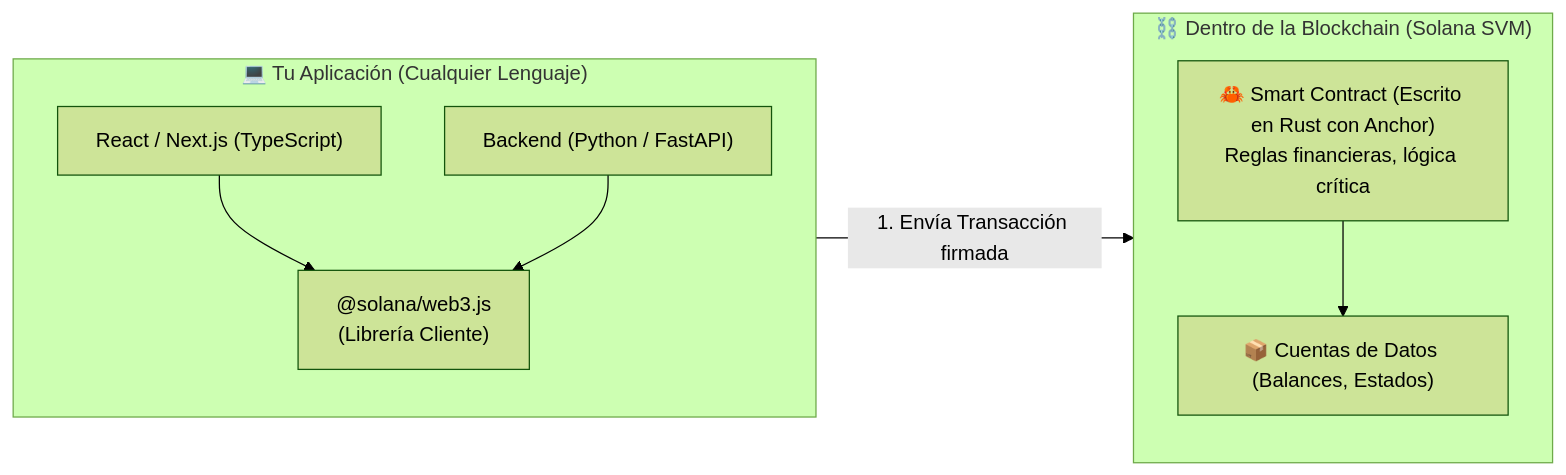
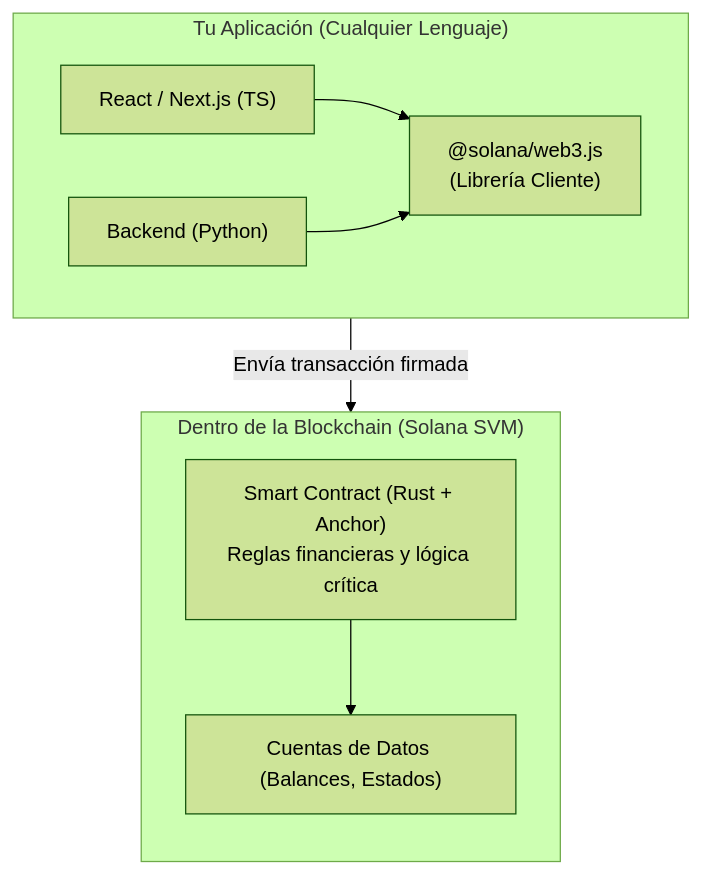
One commit to kernel-devs-lab/lab changed the diagram in conceptos/04-por-que-rust.md. Above: the diagram before and after it, drawn with Mermaid (forest theme). The commit also changed 3 other files, not shown here.

Commit message:
fix(docs): ajustar diagramas mermaid a vertical y usar br para evitar recortes

````diff
--- a/conceptos/04-por-que-rust.md
+++ b/conceptos/04-por-que-rust.md
@@ -15,20 +15,17 @@
 ```mermaid
-flowchart LR
-    subgraph TuApp["💻 Tu Aplicación (Cualquier Lenguaje)"]
-        direction TB
-        JS["React / Next.js (TypeScript)"]
-        PY["Backend (Python / FastAPI)"]
-        SDK["@solana/web3.js\n(Librería Cliente)"]
-        JS --> SDK
-        PY --> SDK
+flowchart TD
+    subgraph TuApp["Tu Aplicación (Cualquier Lenguaje)"]
+        direction LR
+        JS["React / Next.js (TS)"] --> SDK["@solana/web3.js<br/>(Librería Cliente)"]
+        PY["Backend (Python)"] --> SDK
     end
 
-    subgraph Blockchain["⛓️ Dentro de la Blockchain (Solana SVM)"]
+    subgraph Blockchain["Dentro de la Blockchain (Solana SVM)"]
         direction TB
-        RustProg["🦀 Smart Contract (Escrito en Rust con Anchor)\nReglas financieras, lógica crítica"]
-        State["📦 Cuentas de Datos (Balances, Estados)"]
+        RustProg["Smart Contract (Rust + Anchor)<br/>Reglas financieras y lógica crítica"]
+        State["Cuentas de Datos (Balances, Estados)"]
         RustProg --> State
     end
 
-    SDK -->|"1. Envía Transacción firmada"| RustProg
+    SDK -->|"Envía transacción firmada"| RustProg
 ```
````
